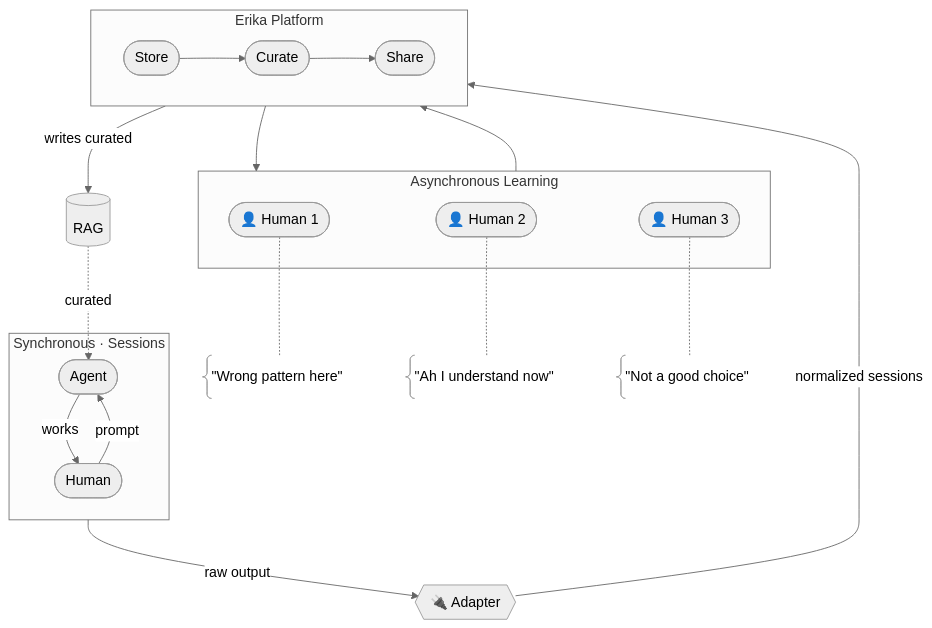
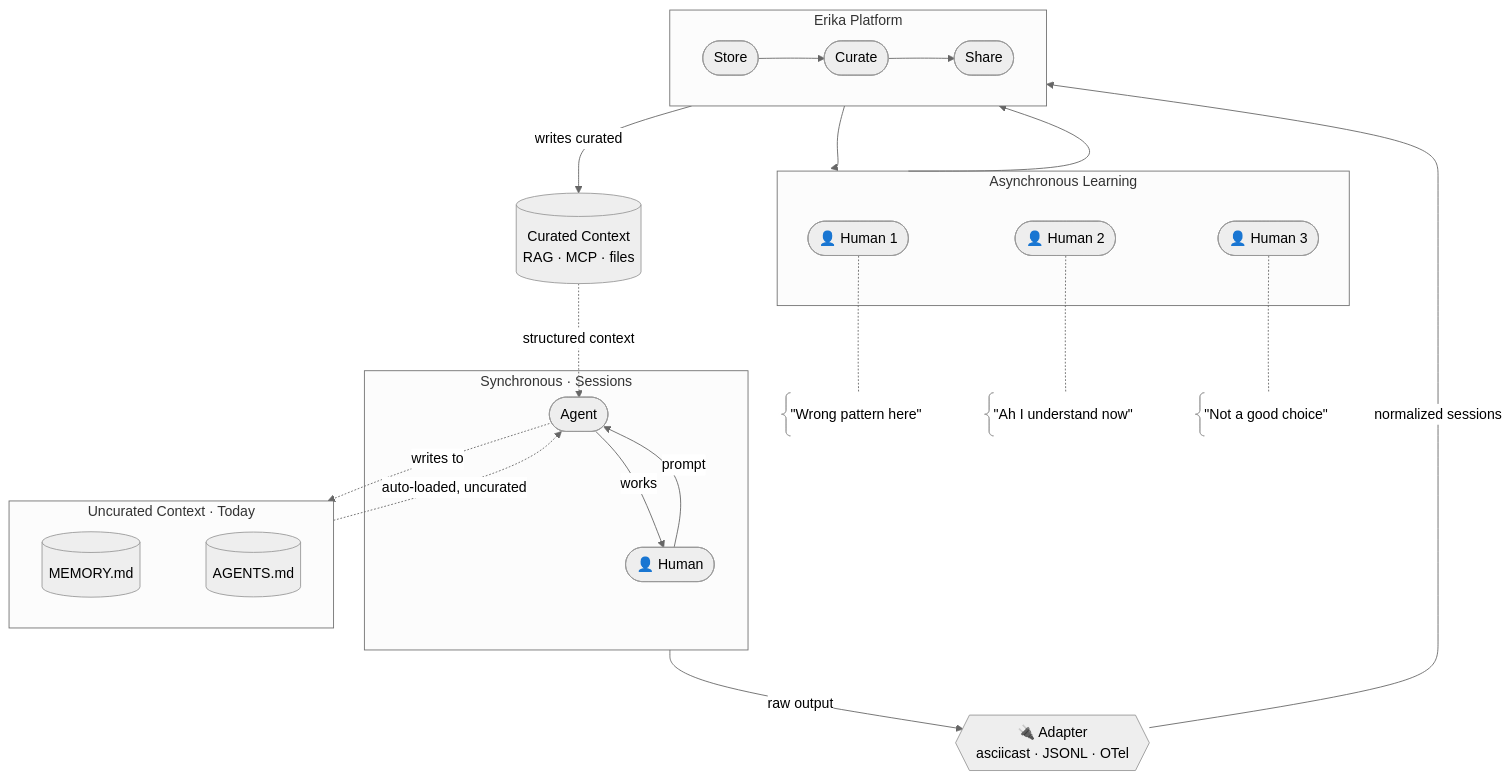
The fifth of 5 diagrams in VISION.md (thiscantbeserious/erika), drawn with Mermaid (neutral theme) before and after one commit. The commit also changed other lines of this file and 1 other file, not shown here.

Commit message:
chore: enrich VISION step 5 with writers and adapter detail
Show the uncurated context sources agents use today (MEMORY.md,
AGENTS.md) alongside the curated retrieval Erika provides. Adapter
now reflects multi-format normalization (asciicast, JSONL, OTel).

````diff
--- a/VISION.md
+++ b/VISION.md
@@ -107,36 +109,44 @@
 ```mermaid
 %%{ init: { 'flowchart': { 'nodeSpacing': 50, 'rankSpacing': 50 } } }%%
 flowchart TD
     subgraph Session["Synchronous · Sessions"]
         Human(["👤 Human"]) -->|prompt| Agent([Agent])
-        Agent -->|works| Human([Human])
+        Agent -->|works| Human
     end
 
-    Session -->|raw output| Adapter{{"🔌 Adapter"}}
+    subgraph Writers["Uncurated Context · Today"]
+        direction LR
+        MemFile[(MEMORY.md)] ~~~ AgentsFile[(AGENTS.md)]
+    end
+
+    Agent -.->|writes to| Writers
+    Writers -.->|auto-loaded, uncurated| Agent
+
+    Session -->|raw output| Adapter{{"🔌 Adapter\nasciicast · JSONL · OTel"}}
     Adapter -->|normalized sessions| Platform
 
     subgraph Platform["Erika Platform"]
         direction LR
         Store([Store]) --> Curate([Curate]) --> Share([Share])
     end
 
     subgraph Team["Asynchronous Learning"]
         H1(["👤 Human 1"])
         H2(["👤 Human 2"])
         H3(["👤 Human 3"])
     end
 
     S1@{ shape: brace, label: '"Wrong pattern here"' }
     S2@{ shape: brace, label: '"Ah I understand now"' }
     S3@{ shape: brace, label: '"Not a good choice"' }
     H1 -.- S1
     H2 -.- S2
     H3 -.- S3
 
     Platform --> Team
     Team --> Platform
 
-    RAG[(RAG)]
-    Platform -->|writes curated| RAG
-    RAG -.->|curated| Agent
+    CuratedCtx[("Curated Context\nRAG · MCP · files")]
+    Platform -->|writes curated| CuratedCtx
+    CuratedCtx -.->|structured context| Agent
 ```
````
